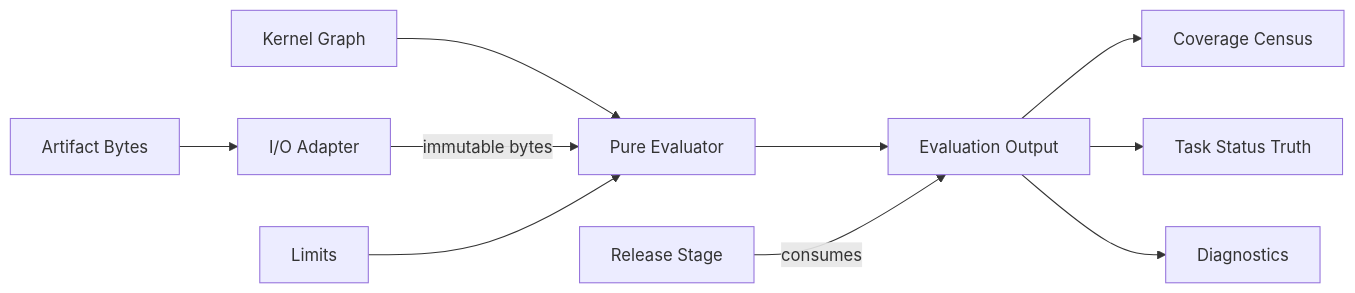
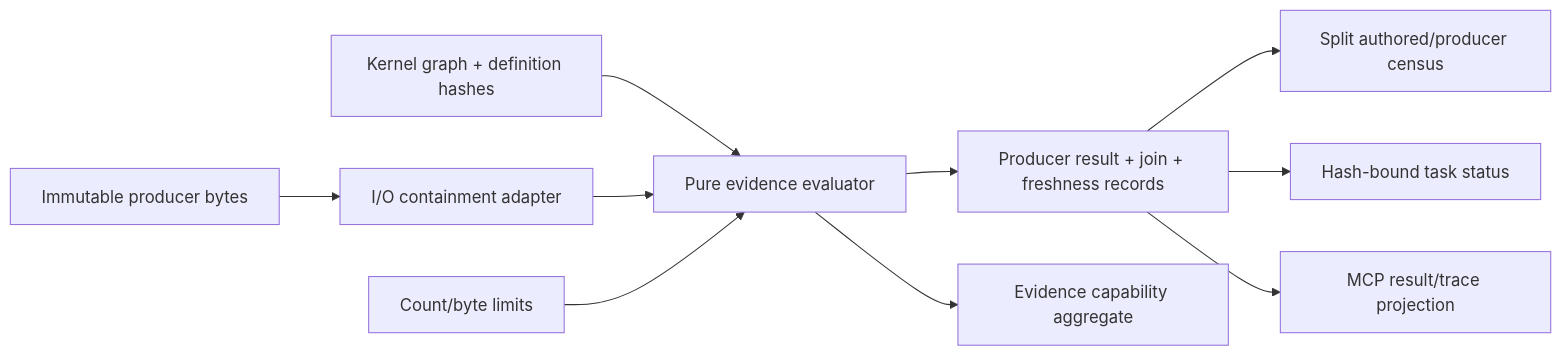
Before and after one commit to stgmt/omp-spec-kit: the diagram in .specs/spec-evidence/DESIGN.md, drawn with Mermaid. The commit also changed other lines of this file and 177 other files, not shown here.

````diff
--- a/.specs/spec-evidence/DESIGN.md
+++ b/.specs/spec-evidence/DESIGN.md
@@ -9,12 +9,12 @@
 ```mermaid
 flowchart LR
-  KG[Kernel Graph] --> Eval[Pure Evaluator]
-  AB[Artifact Bytes] --> Adapter[I/O Adapter]
-  Adapter -->|immutable bytes| Eval
-  L[Limits] --> Eval
-  Eval --> Out[Evaluation Output]
-  Out --> Census[Coverage Census]
-  Out --> Status[Task Status Truth]
-  Out --> Diag[Diagnostics]
-  Rel[Release Stage] -->|consumes| Out
+  KG[Kernel graph + definition hashes] --> Eval[Pure evidence evaluator]
+  AB[Immutable producer bytes] --> Adapter[I/O containment adapter]
+  Adapter --> Eval
+  L[Count/byte limits] --> Eval
+  Eval --> Results[Producer result + join + freshness records]
+  Results --> Census[Split authored/producer census]
+  Results --> Status[Hash-bound task status]
+  Results --> MCP[MCP result/trace projection]
+  Eval --> Release[Evidence capability aggregate]
 ```
````
